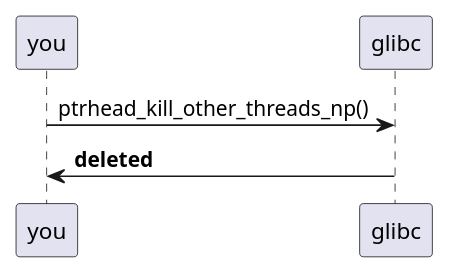
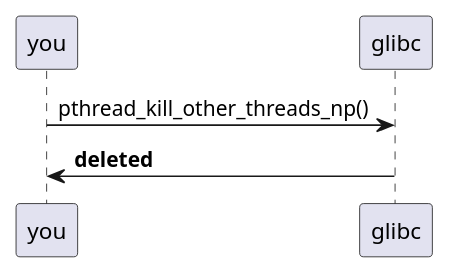
Before and after one commit to iraadit/template_cpp: the first of 2 diagrams in doc/index.rst, drawn with PlantUML.

Commit message:
fix typo in doc (thread)

```diff
--- a/doc/index.rst
+++ b/doc/index.rst
@@ -56,5 +56,5 @@
 .. uml::
 	:caption: The harsh reality of being a thread.
 
-	you -> glibc: ptrhead_kill_other_threads_np()
+	you -> glibc: pthread_kill_other_threads_np()
 	you <- glibc: **deleted**
```
